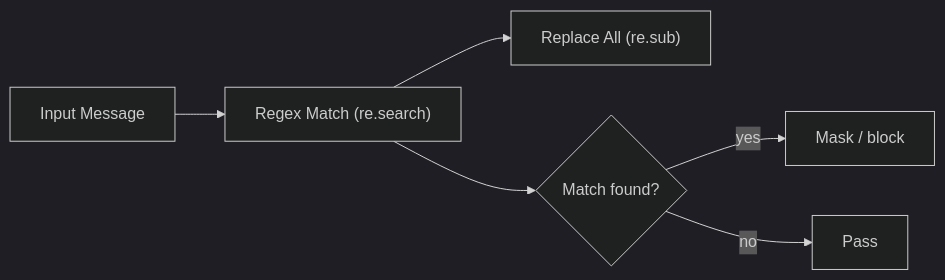
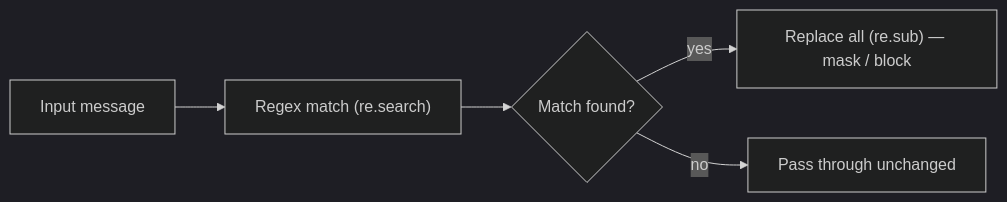
One commit to kir-d/llm-firewall changed the diagram in docs/security-rules/detecting-pii/regex-patterns.md. Above: the diagram before and after it, drawn with Mermaid (dark theme). The commit also changed 3 other files, not shown here.

First line of the commit message:
docs: correct mermaid diagram accuracy

````diff
--- a/docs/security-rules/detecting-pii/regex-patterns.md
+++ b/docs/security-rules/detecting-pii/regex-patterns.md
@@ -34,8 +34,7 @@
 ```mermaid
 flowchart LR
-    A["Input Message"] --> B["Regex Match (re.search)"]
-    B --> C["Replace All (re.sub)"]
+    A["Input message"] --> B["Regex match (re.search)"]
     B --> D{"Match found?"}
-    D -->|yes| E["Mask / block"]
-    D -->|no| F["Pass"]
+    D -->|yes| C["Replace all (re.sub) — mask / block"]
+    D -->|no| F["Pass through unchanged"]
 ```
````
